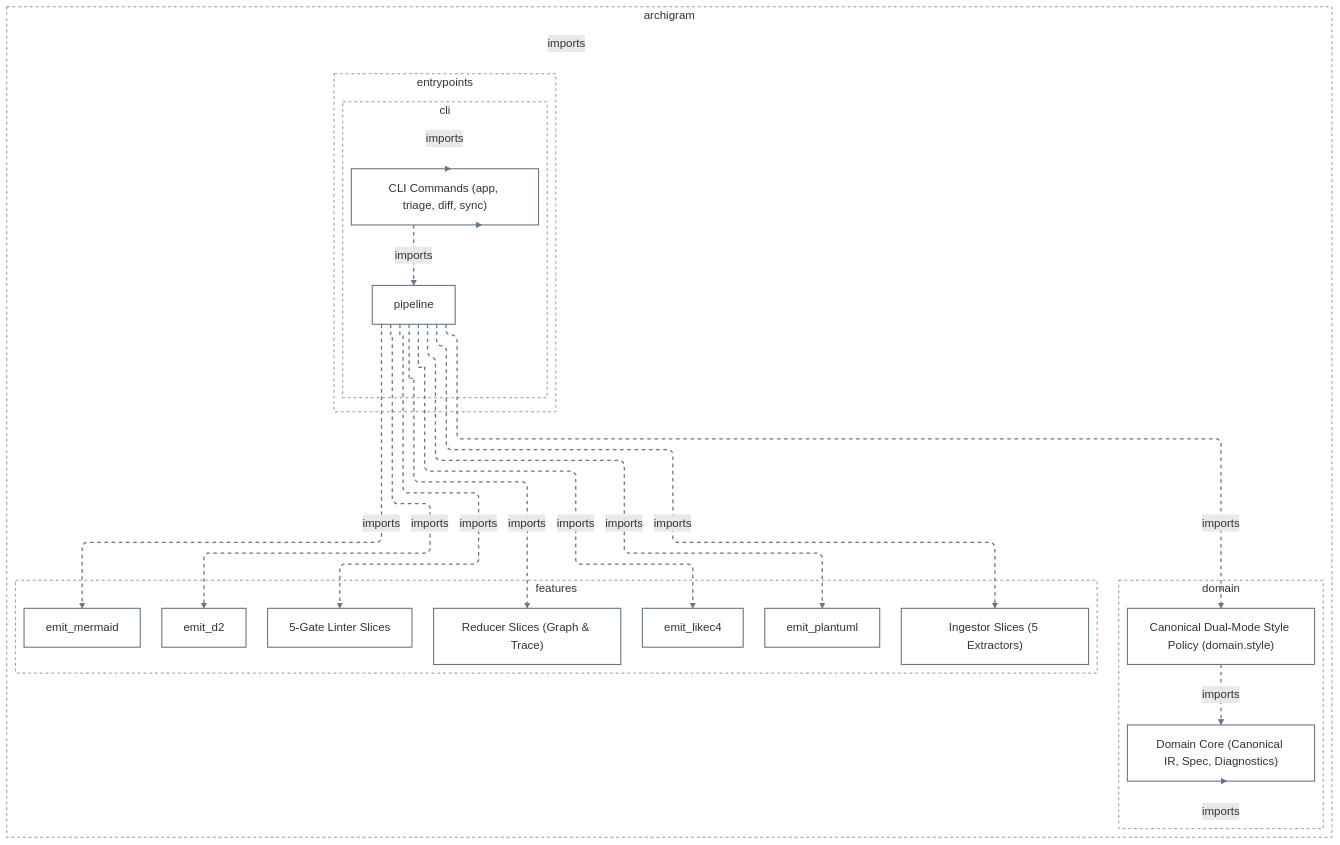
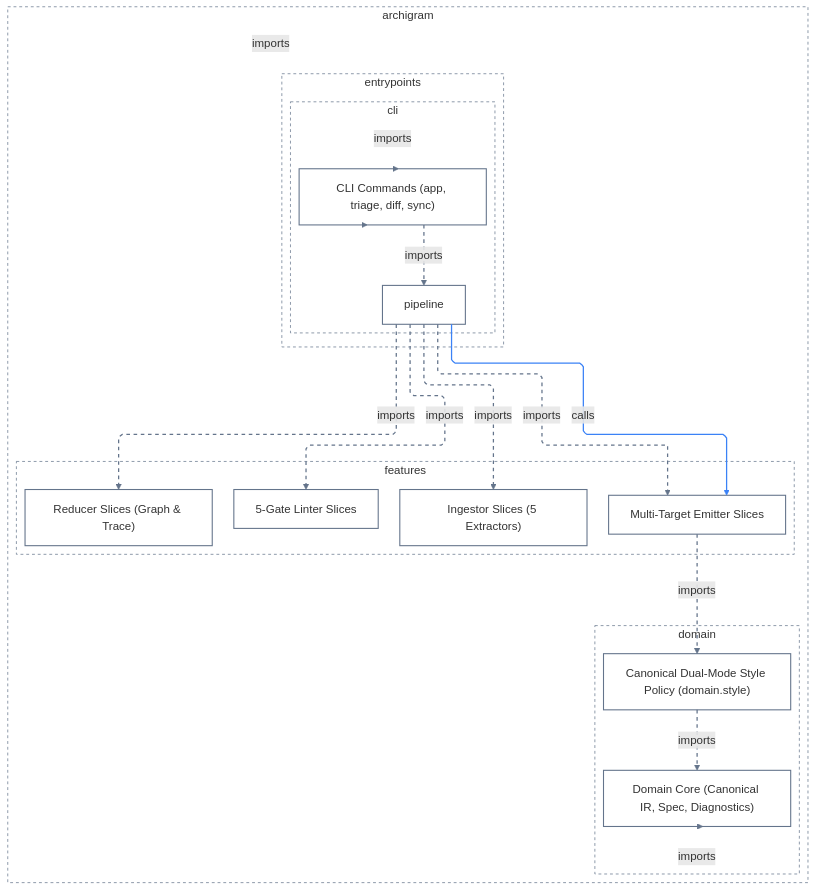
Before and after one commit to klcd/archigram: the diagram in docs/architecture/diagrams/showcase_cli_triage.3_curated.mmd, drawn with Mermaid. The commit also changed 44 other files, not shown here.

```diff
--- a/docs/architecture/diagrams/showcase_cli_triage.3_curated.mmd
+++ b/docs/architecture/diagrams/showcase_cli_triage.3_curated.mmd
@@ -1,52 +1,48 @@
 ---
 config:
   layout: elk
   elk:
     mergeEdges: false
     nodePlacementStrategy: BRANDES_KOEPF
   flowchart:
     defaultRenderer: elk
     curve: linear
 ---
 flowchart TD
   classDef default fill:transparent,stroke:#64748b,stroke-width:1.5px
   subgraph n0["archigram"]
     subgraph n1["domain"]
-      n11["Domain Core (Canonical IR, Spec, Diagnostics)"]
-      n12["Canonical Dual-Mode Style Policy (domain.style)"]
+      n7["Domain Core (Canonical IR, Spec, Diagnostics)"]
+      n8["Canonical Dual-Mode Style Policy (domain.style)"]
     end
     subgraph n2["entrypoints"]
       subgraph n3["cli"]
         n4["pipeline"]
-        n10["CLI Commands (app, triage, diff, sync)"]
+        n6["CLI Commands (app, triage, diff, sync)"]
       end
     end
     subgraph n5["features"]
-      n6["emit_d2"]
-      n7["emit_likec4"]
-      n8["emit_mermaid"]
-      n9["emit_plantuml"]
-      n13["Ingestor Slices (5 Extractors)"]
-      n14["5-Gate Linter Slices"]
-      n15["Reducer Slices (Graph & Trace)"]
+      n9["Multi-Target Emitter Slices"]
+      n10["Ingestor Slices (5 Extractors)"]
+      n11["5-Gate Linter Slices"]
+      n12["Reducer Slices (Graph & Trace)"]
     end
   end
   style n0 fill:transparent,stroke:#64748b,stroke-width:1px,stroke-dasharray:4 4
   style n1 fill:transparent,stroke:#64748b,stroke-width:1px,stroke-dasharray:4 4
   style n2 fill:transparent,stroke:#64748b,stroke-width:1px,stroke-dasharray:4 4
   style n3 fill:transparent,stroke:#64748b,stroke-width:1px,stroke-dasharray:4 4
   style n5 fill:transparent,stroke:#64748b,stroke-width:1px,stroke-dasharray:4 4
-  n3 -.->|"imports"| n10
-  n10 -.->|"imports"| n0
-  n10 -.->|"imports"| n4
-  n11 -.->|"imports"| n1
+  n3 -.->|"imports"| n6
+  n6 -.->|"imports"| n0
+  n6 -.->|"imports"| n4
+  n7 -.->|"imports"| n1
+  n9 -.->|"imports"| n8
+  n8 -.->|"imports"| n7
+  n4 -->|"calls"| n9
+  n4 -.->|"imports"| n9
+  n4 -.->|"imports"| n10
+  n4 -.->|"imports"| n11
   n4 -.->|"imports"| n12
-  n12 -.->|"imports"| n11
-  n4 -.->|"imports"| n13
-  n4 -.->|"imports"| n14
-  n4 -.->|"imports"| n15
-  n4 -.->|"imports"| n6
-  n4 -.->|"imports"| n7
-  n4 -.->|"imports"| n8
-  n4 -.->|"imports"| n9
-  linkStyle 0,1,2,3,4,5,6,7,8,9,10,11,12 stroke:#64748b,stroke-width:1.75px,stroke-dasharray:5 5
+  linkStyle 0,1,2,3,4,5,7,8,9,10 stroke:#64748b,stroke-width:1.75px,stroke-dasharray:5 5
+  linkStyle 6 stroke:#3b82f6,stroke-width:1.75px
```
